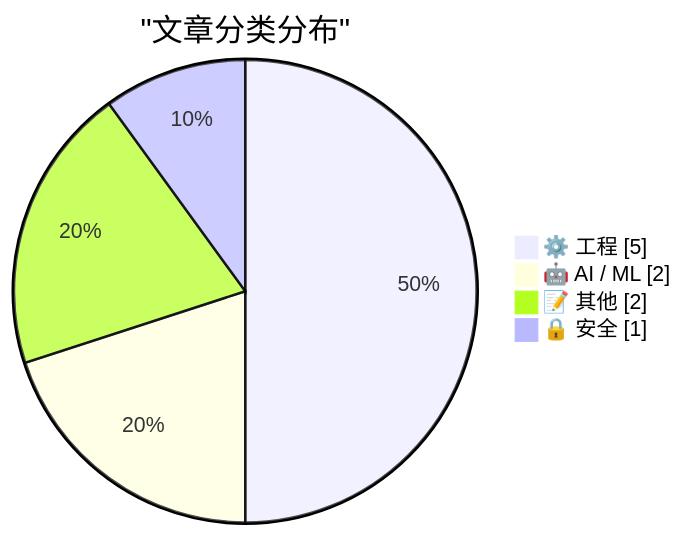
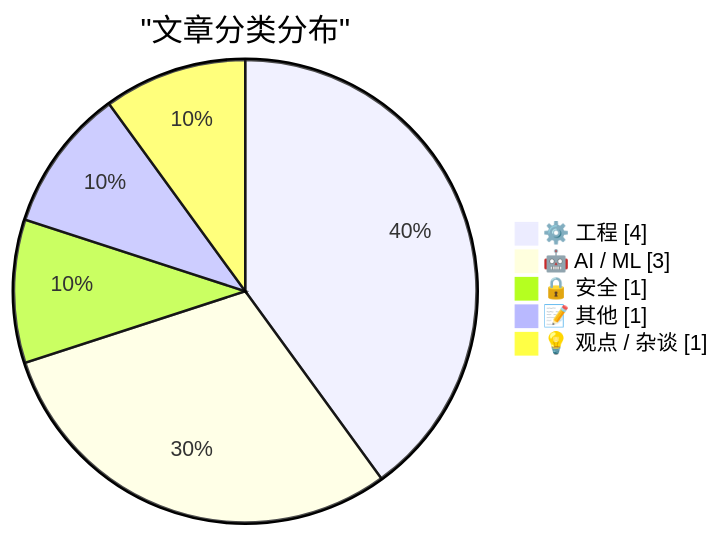
Before and after one commit to originem0/SZBlog: the first of 2 diagrams in content/ai-daily/2026-03-27.md, drawn with Mermaid. The commit also changed other lines of this file, not shown here.

````diff
--- a/content/ai-daily/2026-03-27.md
+++ b/content/ai-daily/2026-03-27.md
@@ -60,8 +60,9 @@
 ```mermaid
 pie showData
     title "文章分类分布"
-    "⚙️ 工程" : 5
-    "🤖 AI / ML" : 2
-    "📝 其他" : 2
+    "⚙️ 工程" : 4
+    "🤖 AI / ML" : 3
     "🔒 安全" : 1
+    "📝 其他" : 1
+    "💡 观点 / 杂谈" : 1
 ```
````
